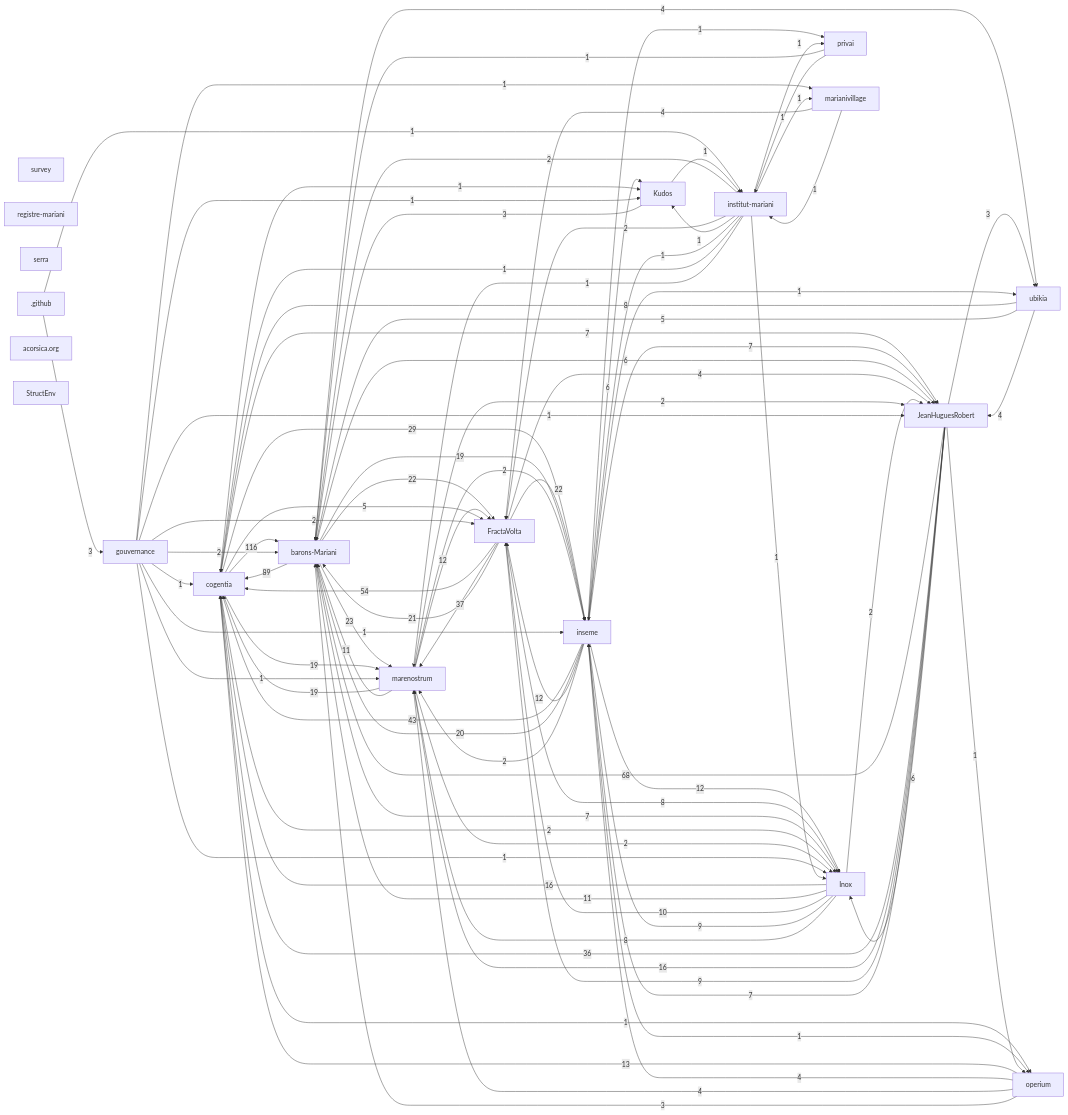
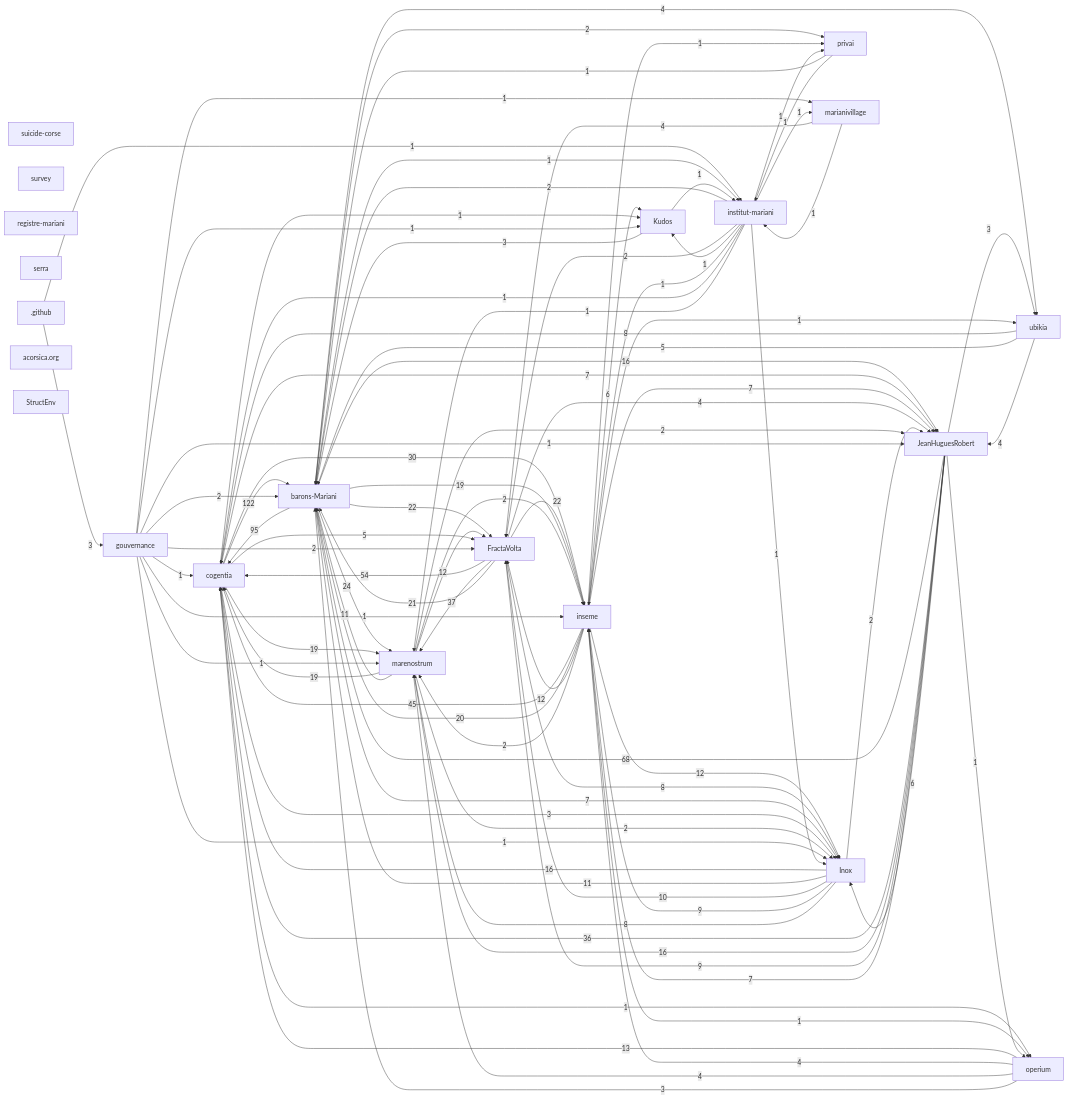
Before and after one commit to JeanHuguesRobert/operium: the first of 2 diagrams in research/corpus-status.md, drawn with Mermaid. The commit also changed other lines of this file and 5 other files, not shown here.

```diff
--- a/research/corpus-status.md
+++ b/research/corpus-status.md
@@ -55,6 +56,7 @@
   r_fractavolta["FractaVolta"]
   r_marenostrum["marenostrum"]
   r_barons_mariani["barons-Mariani"]
+  r_suicide_corse["suicide-corse"]
   r_inseme["inseme"]
   r_survey["survey"]
   r_inox["Inox"]
@@ -71,15 +73,15 @@
   r_github[".github"]
   r_acorsica_org["acorsica.org"]
   r_structenv["StructEnv"]
-  r_cogentia -->|116| r_barons_mariani
-  r_barons_mariani -->|89| r_cogentia
+  r_cogentia -->|122| r_barons_mariani
+  r_barons_mariani -->|95| r_cogentia
   r_jeanhuguesrobert -->|68| r_barons_mariani
   r_fractavolta -->|54| r_cogentia
-  r_inseme -->|43| r_cogentia
+  r_inseme -->|45| r_cogentia
   r_fractavolta -->|37| r_marenostrum
   r_jeanhuguesrobert -->|36| r_cogentia
-  r_cogentia -->|29| r_inseme
-  r_barons_mariani -->|23| r_marenostrum
+  r_cogentia -->|30| r_inseme
+  r_barons_mariani -->|24| r_marenostrum
   r_barons_mariani -->|22| r_fractavolta
   r_fractavolta -->|22| r_inseme
   r_fractavolta -->|21| r_barons_mariani
@@ -87,6 +89,7 @@
   r_barons_mariani -->|19| r_inseme
   r_cogentia -->|19| r_marenostrum
   r_marenostrum -->|19| r_cogentia
+  r_barons_mariani -->|16| r_jeanhuguesrobert
   r_inox -->|16| r_cogentia
   r_jeanhuguesrobert -->|16| r_marenostrum
   r_operium -->|13| r_cogentia
@@ -105,7 +108,6 @@
   r_cogentia -->|7| r_jeanhuguesrobert
   r_inseme -->|7| r_jeanhuguesrobert
   r_jeanhuguesrobert -->|7| r_inseme
-  r_barons_mariani -->|6| r_jeanhuguesrobert
   r_inseme -->|6| r_kudos
   r_jeanhuguesrobert -->|6| r_inox
   r_cogentia -->|5| r_fractavolta
@@ -117,10 +119,11 @@
   r_operium -->|4| r_marenostrum
   r_ubikia -->|4| r_jeanhuguesrobert
   r_github -->|3| r_gouvernance
+  r_cogentia -->|3| r_inox
   r_jeanhuguesrobert -->|3| r_ubikia
   r_kudos -->|3| r_barons_mariani
   r_operium -->|3| r_barons_mariani
-  r_cogentia -->|2| r_inox
+  r_barons_mariani -->|2| r_privai
   r_gouvernance -->|2| r_barons_mariani
   r_gouvernance -->|2| r_fractavolta
   r_inox -->|2| r_jeanhuguesrobert
@@ -131,6 +134,7 @@
   r_marenostrum -->|2| r_inseme
   r_marenostrum -->|2| r_inox
   r_github -->|1| r_institut_mariani
+  r_barons_mariani -->|1| r_institut_mariani
   r_cogentia -->|1| r_operium
   r_cogentia -->|1| r_kudos
   r_gouvernance -->|1| r_jeanhuguesrobert
```
